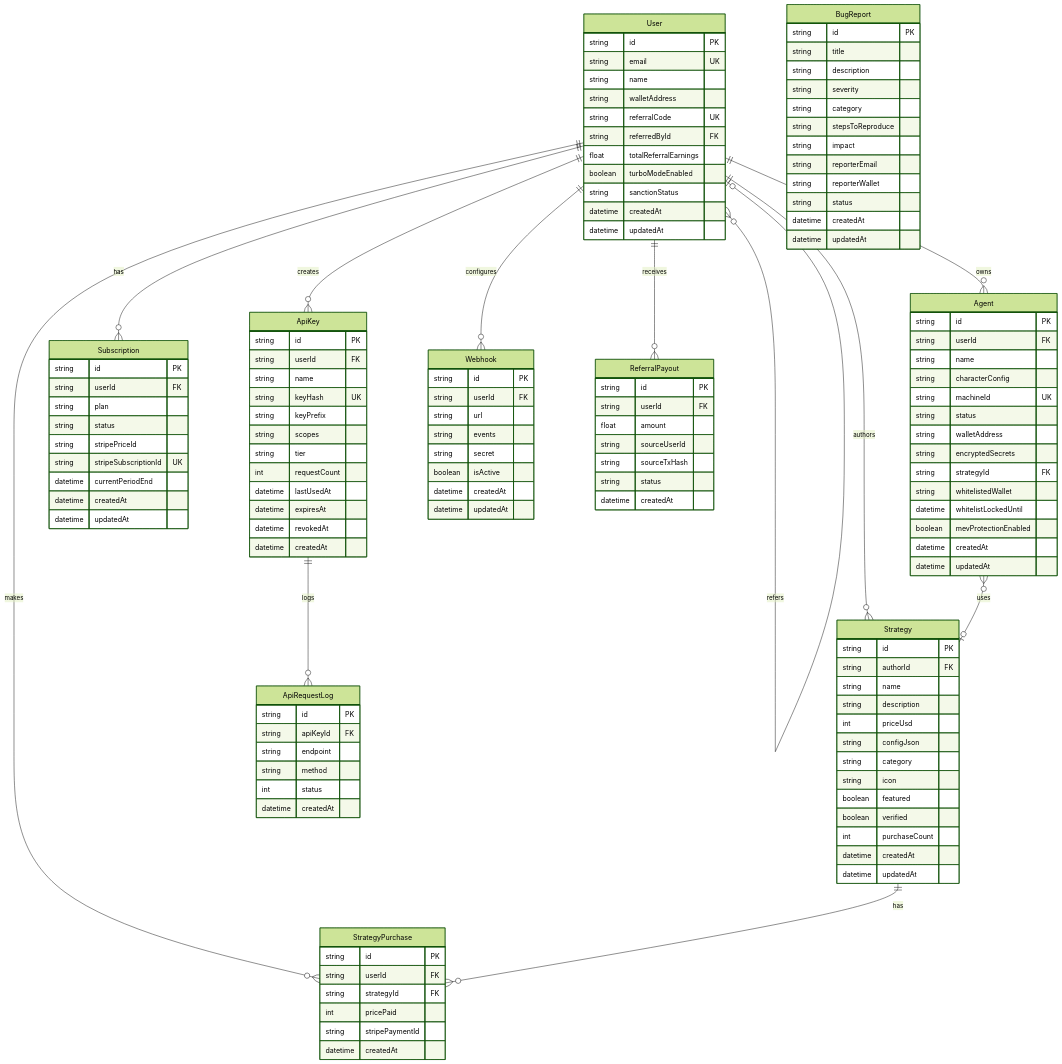
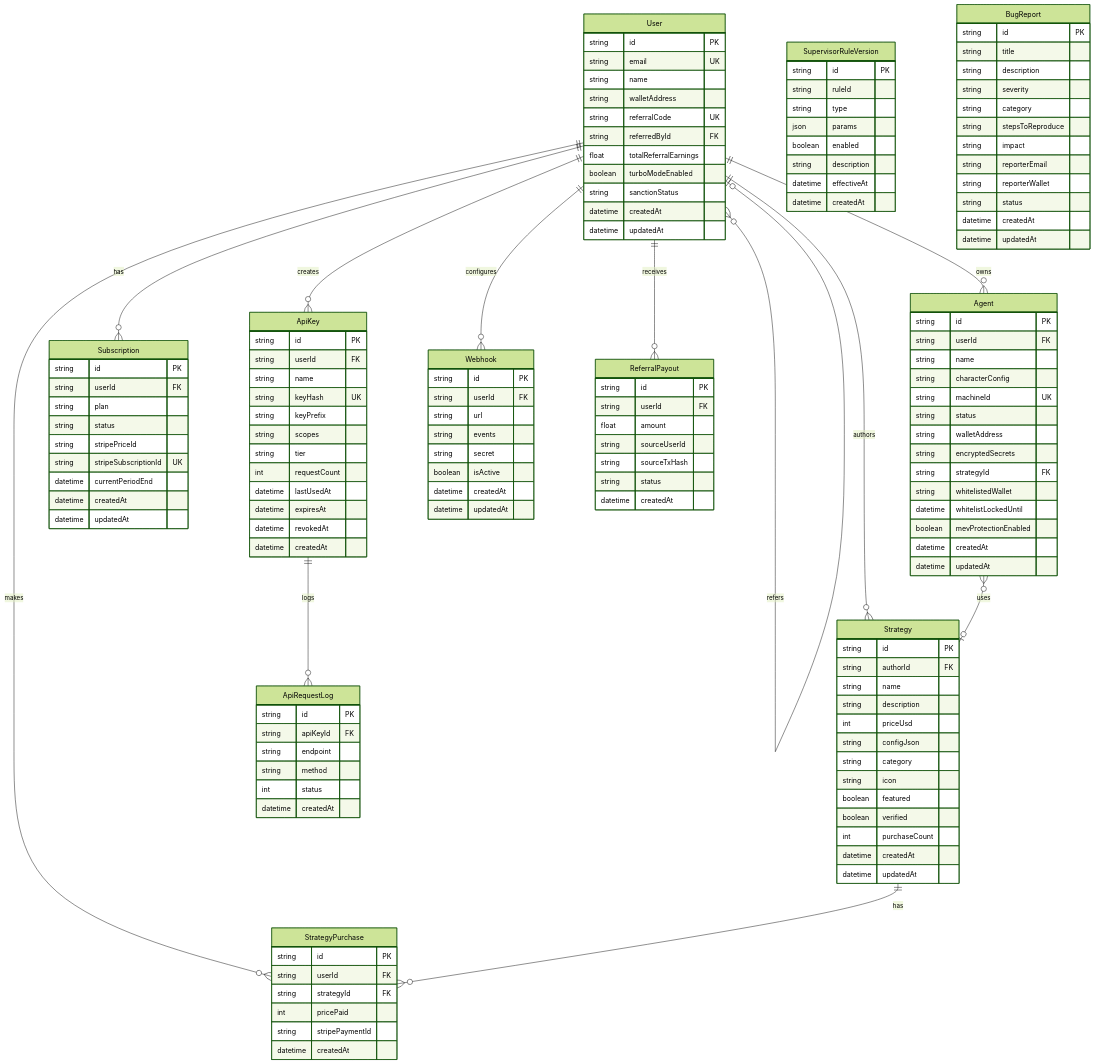
One commit to SemiuAdesina/vectix-nexus changed the second of 26 diagrams in README.md. Above: the diagram before and after it, drawn with Mermaid (forest theme). The commit also changed other lines of this file and 157 other files, not shown here.

```diff
--- a/README.md
+++ b/README.md
@@ -660,6 +572,17 @@
         datetime createdAt
     }
     
+    SupervisorRuleVersion {
+        string id PK
+        string ruleId
+        string type
+        json params
+        boolean enabled
+        string description
+        datetime effectiveAt
+        datetime createdAt
+    }
+    
     BugReport {
         string id PK
         string title
```
